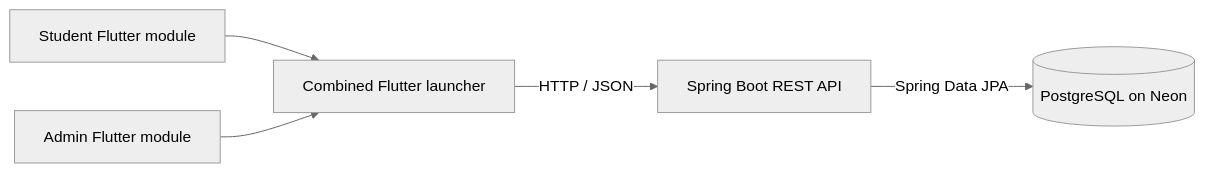
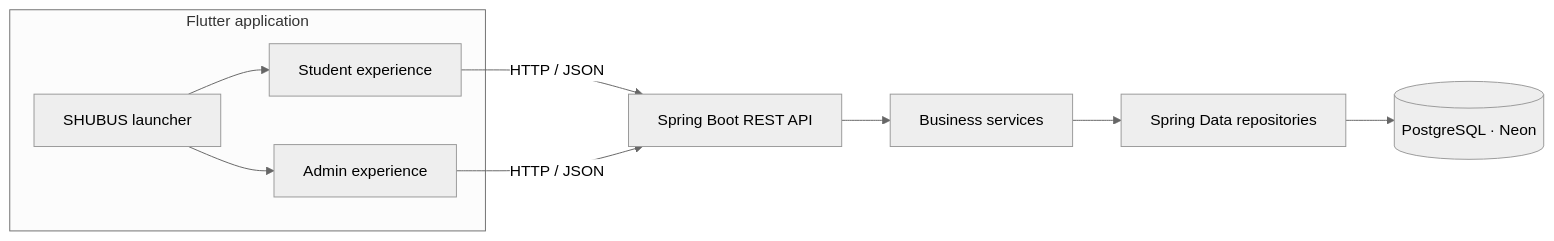
Before and after one commit to SaiPrashanth1602/SHUBUS-FINAL: the diagram in README.md, drawn with Mermaid (neutral theme). The commit also changed other lines of this file and 2 other files, not shown here.

````diff
--- a/README.md
+++ b/README.md
@@ -29,7 +67,15 @@
 ```mermaid
 flowchart LR
-  S[Student Flutter module] --> L[Combined Flutter launcher]
-  A[Admin Flutter module] --> L
-  L -->|HTTP / JSON| B[Spring Boot REST API]
-  B -->|Spring Data JPA| P[(PostgreSQL on Neon)]
+  subgraph App[Flutter application]
+    Launcher[SHUBUS launcher]
+    Student[Student experience]
+    Admin[Admin experience]
+    Launcher --> Student
+    Launcher --> Admin
+  end
+  Student -->|HTTP / JSON| API[Spring Boot REST API]
+  Admin -->|HTTP / JSON| API
+  API --> Services[Business services]
+  Services --> Repositories[Spring Data repositories]
+  Repositories --> DB[(PostgreSQL · Neon)]
 ```
````
